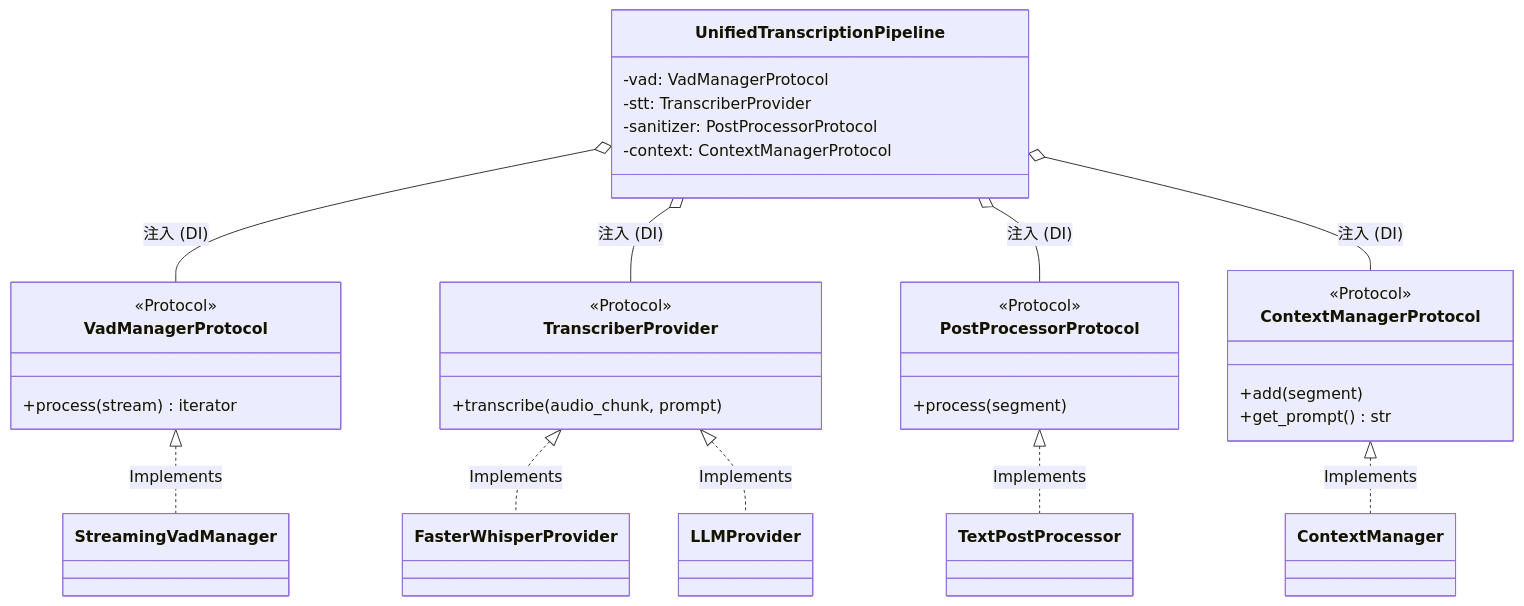
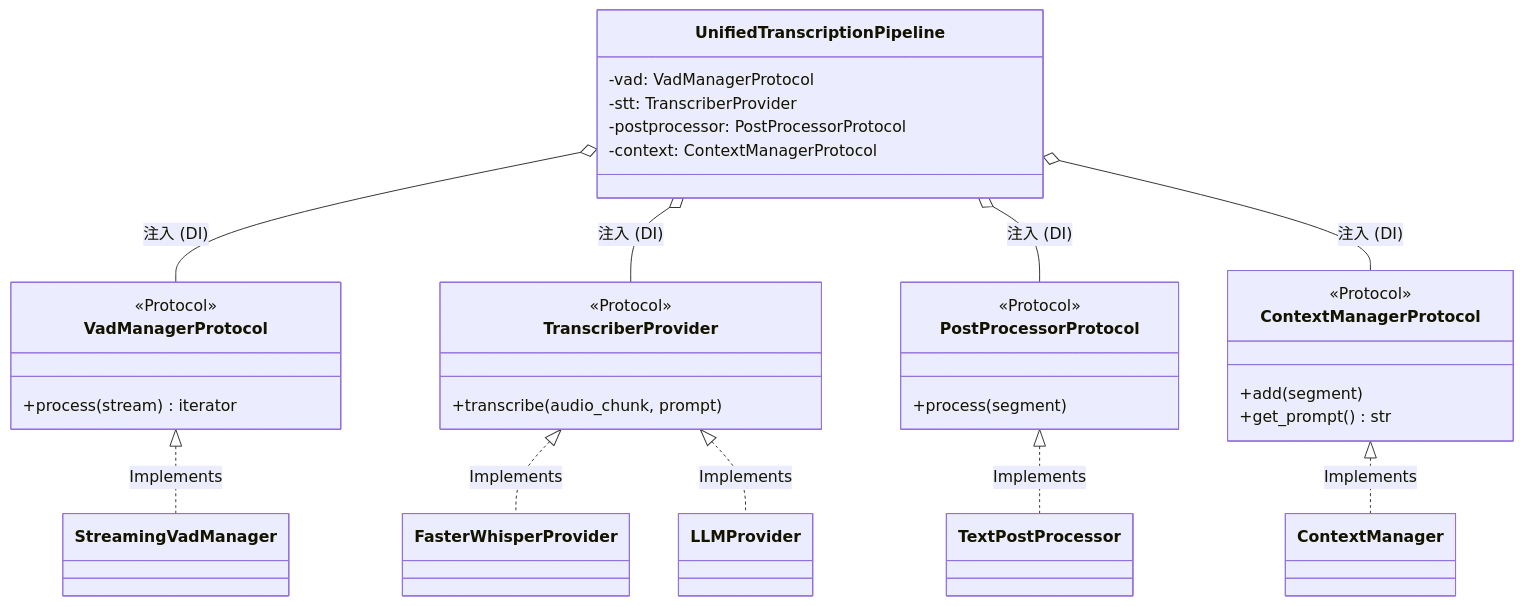
The second of 2 diagrams in docs/detailed_design.md (tk44fk40/audio-transcriber), drawn with Mermaid before and after one commit. The commit also changed other lines of this file and 2 other files, not shown here.

````diff
--- a/docs/detailed_design.md
+++ b/docs/detailed_design.md
@@ -64,50 +64,50 @@
 ```mermaid
 classDiagram
     %% インターフェース (Protocols)
     class VadManagerProtocol {
         <<Protocol>>
         +process(stream) iterator
     }
     class TranscriberProvider {
         <<Protocol>>
         +transcribe(audio_chunk, prompt)
     }
     class PostProcessorProtocol {
         <<Protocol>>
         +process(segment)
     }
     class ContextManagerProtocol {
         <<Protocol>>
         +add(segment)
         +get_prompt() str
     }
 
     %% コアパイプライン
     class UnifiedTranscriptionPipeline {
         -vad: VadManagerProtocol
         -stt: TranscriberProvider
-        -sanitizer: PostProcessorProtocol
+        -postprocessor: PostProcessorProtocol
         -context: ContextManagerProtocol
     }
 
     %% DI注入 (集約)
     UnifiedTranscriptionPipeline o-- VadManagerProtocol : 注入 (DI)
     UnifiedTranscriptionPipeline o-- TranscriberProvider : 注入 (DI)
     UnifiedTranscriptionPipeline o-- PostProcessorProtocol : 注入 (DI)
     UnifiedTranscriptionPipeline o-- ContextManagerProtocol : 注入 (DI)
 
     %% 具象クラス(実装)の例
     class StreamingVadManager
     VadManagerProtocol <|.. StreamingVadManager : Implements
 
     class FasterWhisperProvider
     class LLMProvider
     TranscriberProvider <|.. FasterWhisperProvider : Implements
     TranscriberProvider <|.. LLMProvider : Implements
 
     class TextPostProcessor
     PostProcessorProtocol <|.. TextPostProcessor : Implements
 
     class ContextManager
     ContextManagerProtocol <|.. ContextManager : Implements
 ```
````
